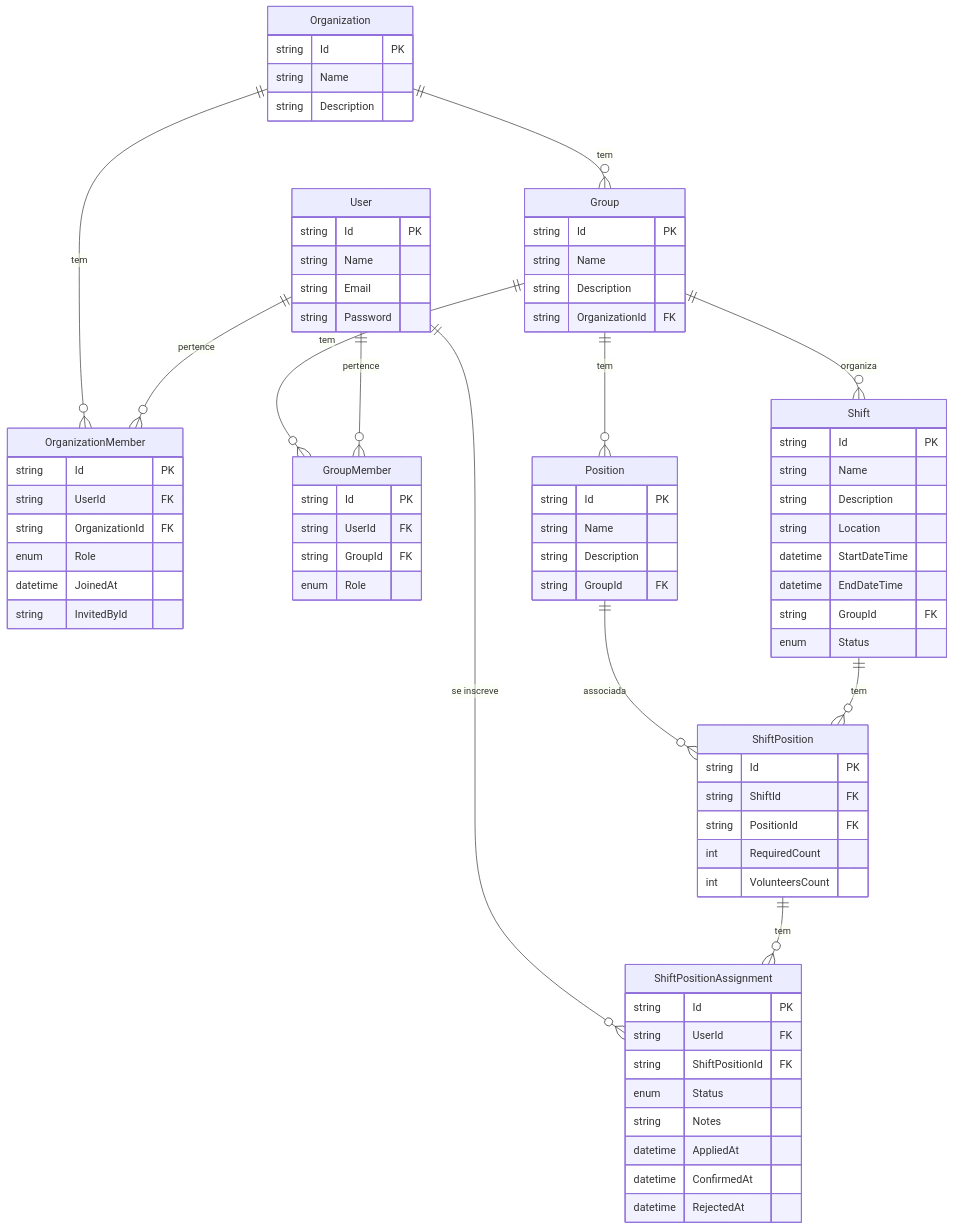
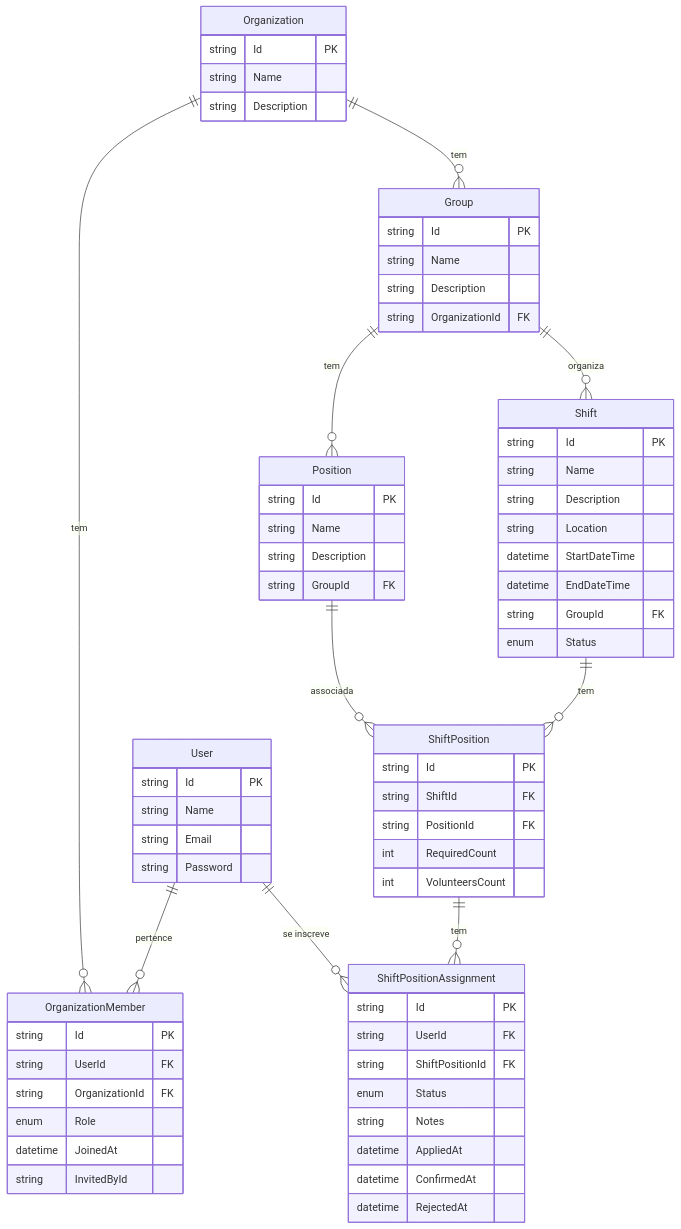
One commit to Brendon3578/volts-backend changed the diagram in README.md. Above: the diagram before and after it, drawn with Mermaid. The commit also changed other lines of this file and 5 other files, not shown here.

```diff
--- a/README.md
+++ b/README.md
@@ -60,13 +60,6 @@
         string Name
         string Description
         string OrganizationId FK
-    }
-    
-    GroupMember {
-        string Id PK
-        string UserId FK
-        string GroupId FK
-        enum Role
     }
     
     Position {
@@ -106,12 +99,11 @@
         datetime RejectedAt
     }
     
+    %% Relationships
     User ||--o{ OrganizationMember : "pertence"
     Organization ||--o{ OrganizationMember : "tem"
     Organization ||--o{ Group : "tem"
     Group ||--o{ Position : "tem"
-    User ||--o{ GroupMember : "pertence"
-    Group ||--o{ GroupMember : "tem"
     Group ||--o{ Shift : "organiza"
     Shift ||--o{ ShiftPosition : "tem"
     Position ||--o{ ShiftPosition : "associada"
```
